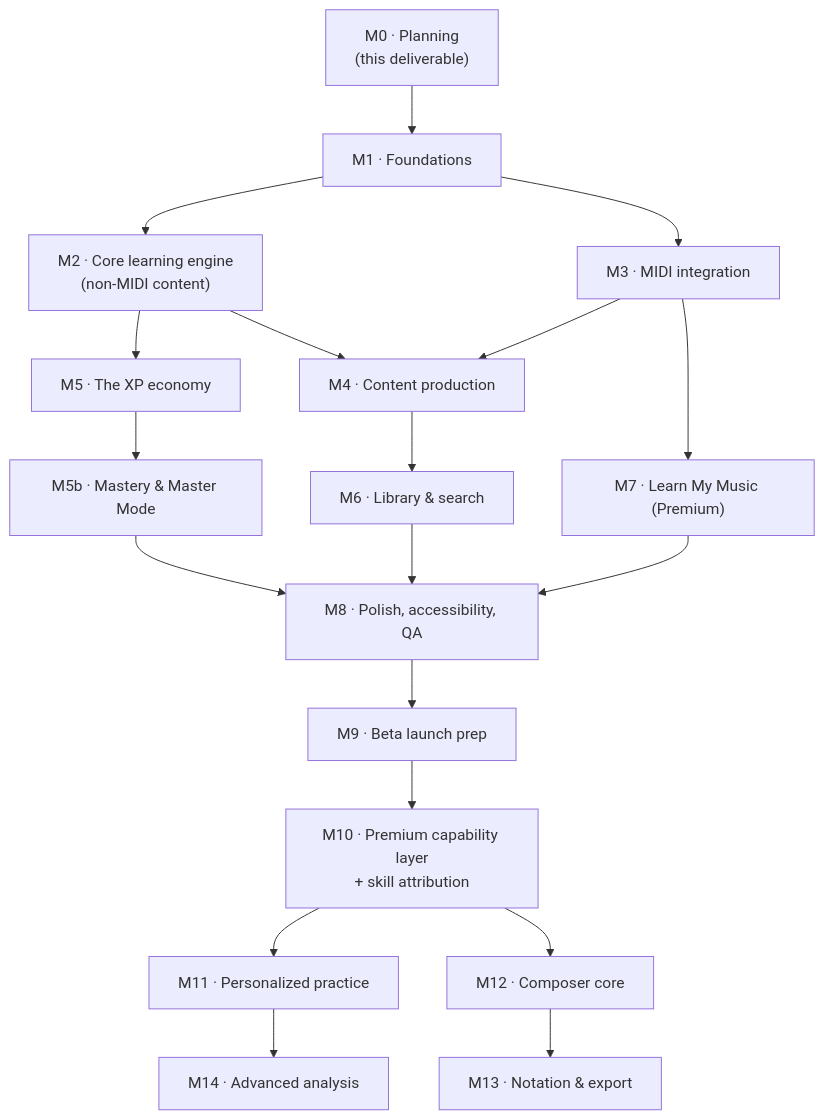
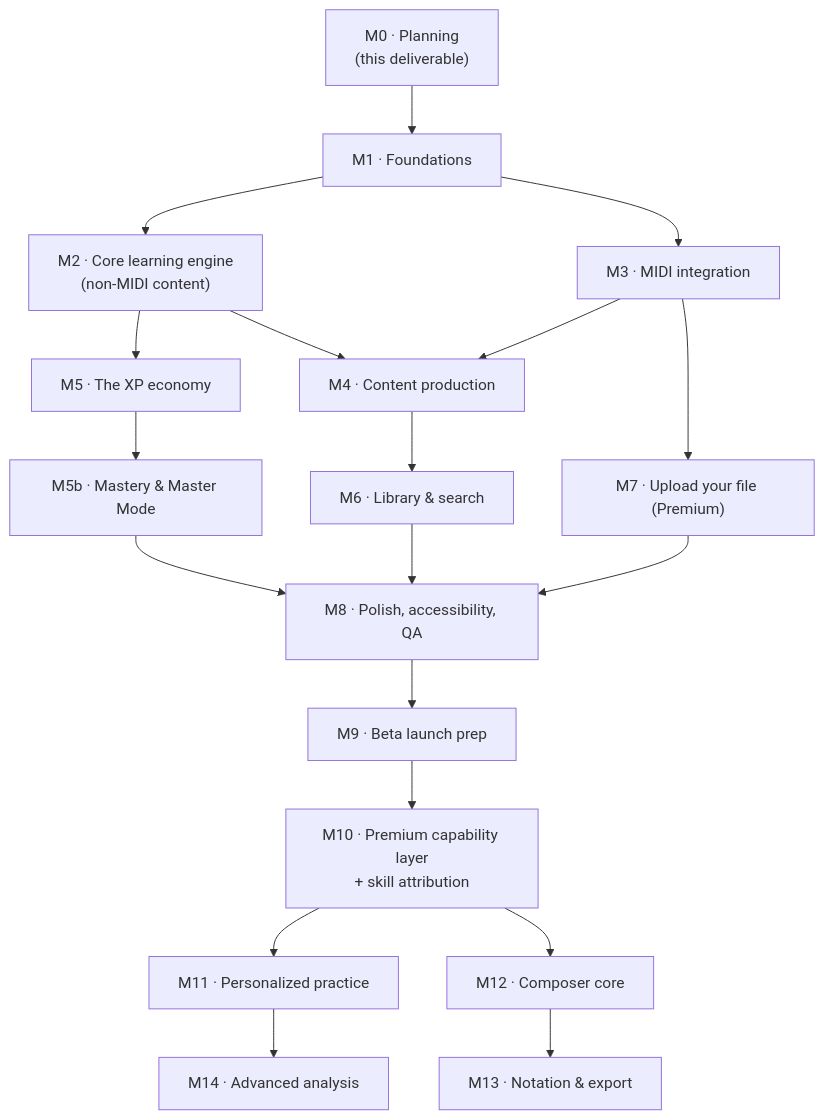
Before and after one commit to IndraKar/keyboard-app: the diagram in docs/05-roadmap.md, drawn with Mermaid. The commit also changed other lines of this file and 6 other files, not shown here.

````diff
--- a/docs/05-roadmap.md
+++ b/docs/05-roadmap.md
@@ -7,22 +7,22 @@
 ```mermaid
 flowchart TD
     M0["M0 · Planning<br/>(this deliverable)"] --> M1["M1 · Foundations"]
     M1 --> M2["M2 · Core learning engine<br/>(non-MIDI content)"]
     M1 --> M3["M3 · MIDI integration"]
     M2 --> M4["M4 · Content production"]
     M3 --> M4
     M2 --> M5["M5 · The XP economy"]
     M4 --> M6["M6 · Library & search"]
-    M3 --> M7["M7 · Learn My Music (Premium)"]
+    M3 --> M7["M7 · Upload your file (Premium)"]
     M5 --> M5b["M5b · Mastery & Master Mode"]
     M5b --> M8["M8 · Polish, accessibility, QA"]
     M6 --> M8
     M7 --> M8
     M8 --> M9["M9 · Beta launch prep"]
 
     M9 --> M10["M10 · Premium capability layer<br/>+ skill attribution"]
     M10 --> M11["M11 · Personalized practice"]
     M10 --> M12["M12 · Composer core"]
     M12 --> M13["M13 · Notation & export"]
     M11 --> M14["M14 · Advanced analysis"]
 ```
````
